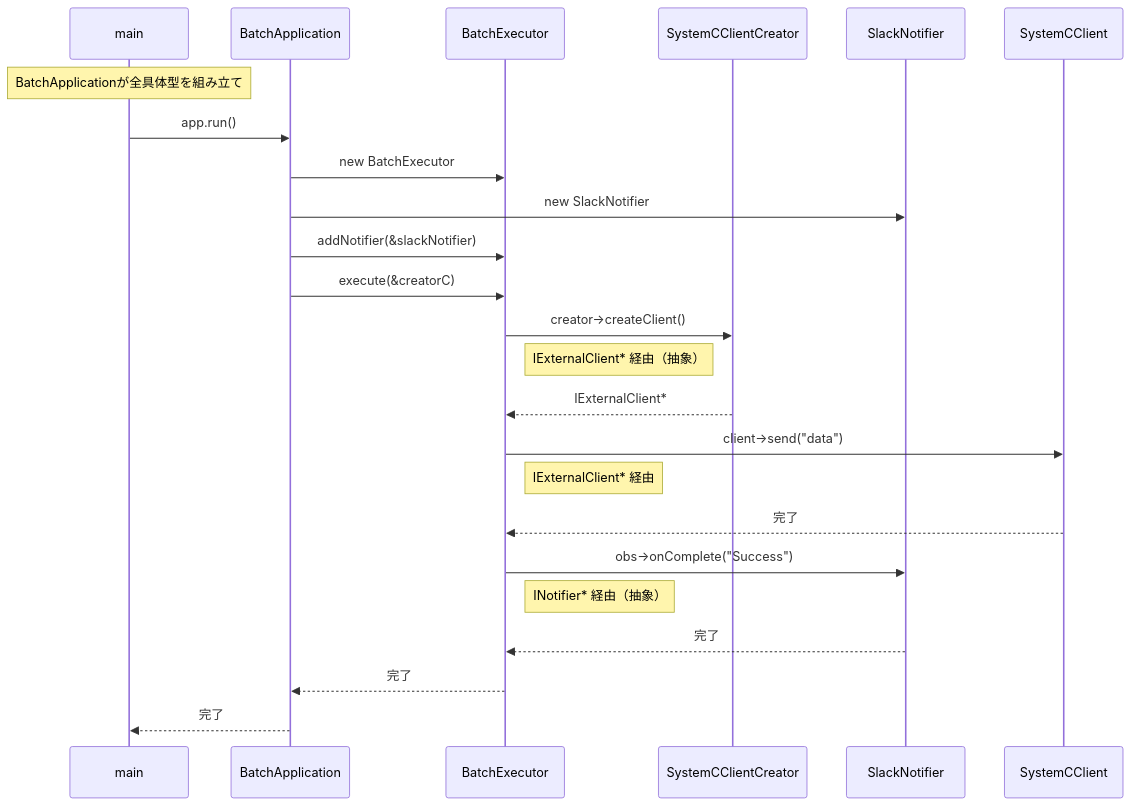
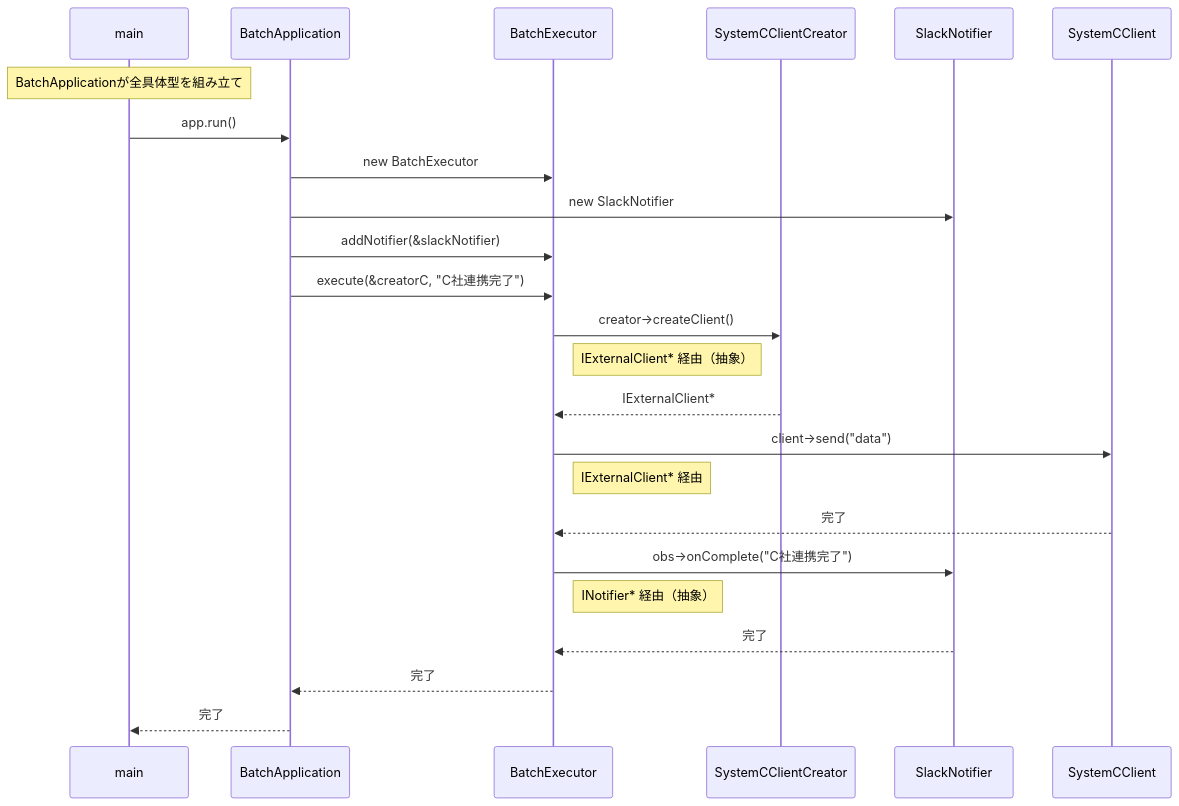
The third of 5 diagrams in kindle/design-patterns/output/chapter10.md (kumachan1101-pixel/DesignPattern), drawn with Mermaid before and after one commit. The commit also changed other lines of this file and 1 other file, not shown here.

Commit message:
docs: complete manual trigger notification scenario

````diff
--- a/kindle/design-patterns/output/chapter10.md
+++ b/kindle/design-patterns/output/chapter10.md
@@ -927,26 +934,26 @@
 ```mermaid
 sequenceDiagram
     participant main
     participant BA as BatchApplication
     participant BE as BatchExecutor
     participant CC as SystemCClientCreator
     participant SN as SlackNotifier
     participant SC as SystemCClient
     Note over main: BatchApplicationが全具体型を組み立て
     main->>BA: app.run()
     BA->>BE: new BatchExecutor
     BA->>SN: new SlackNotifier
     BA->>BE: addNotifier(&slackNotifier)
-    BA->>BE: execute(&creatorC)
+    BA->>BE: execute(&creatorC, "C社連携完了")
     BE->>CC: creator->createClient()
     Note right of BE: IExternalClient* 経由（抽象）
     CC-->>BE: IExternalClient*
     BE->>SC: client->send("data")
     Note right of BE: IExternalClient* 経由
     SC-->>BE: 完了
-    BE->>SN: obs->onComplete("Success")
+    BE->>SN: obs->onComplete("C社連携完了")
     Note right of BE: INotifier* 経由（抽象）
     SN-->>BE: 完了
     BE-->>BA: 完了
     BA-->>main: 完了
 ```
````
